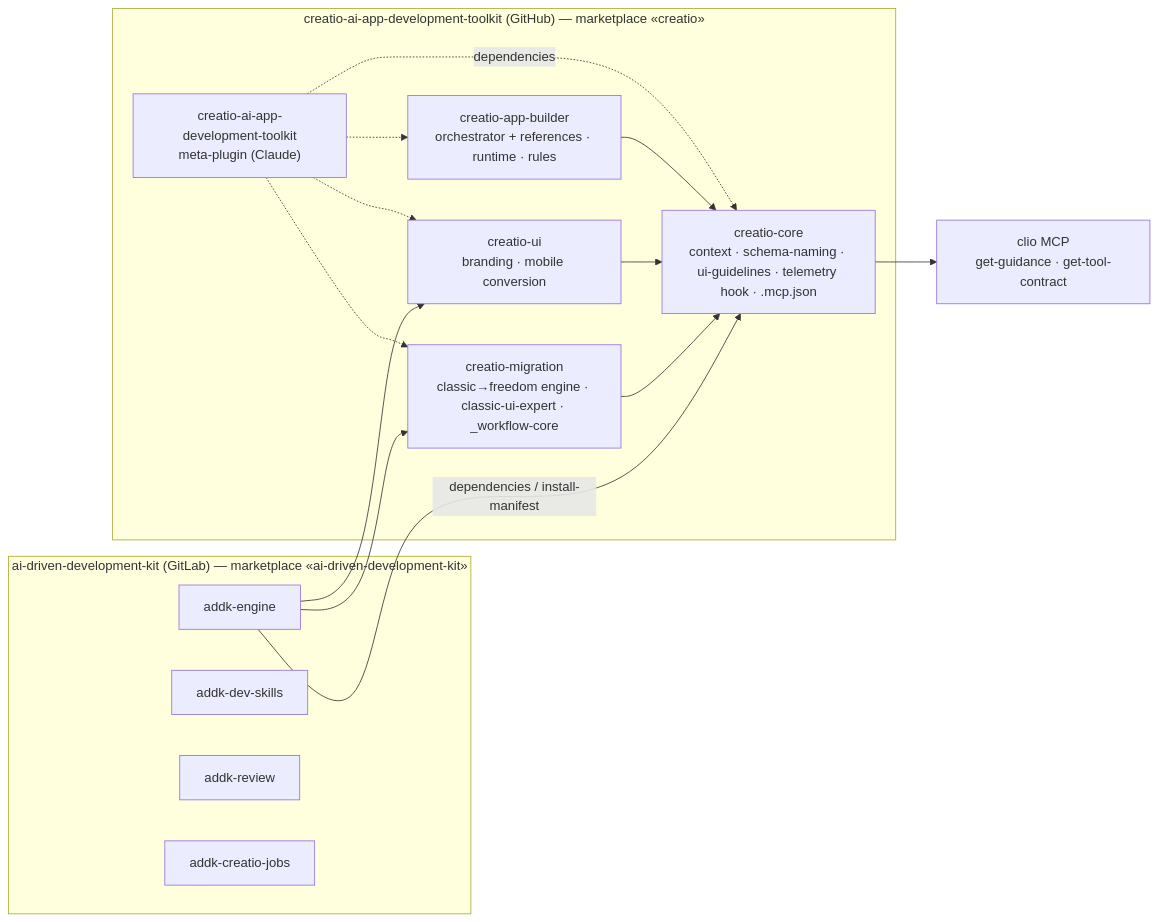
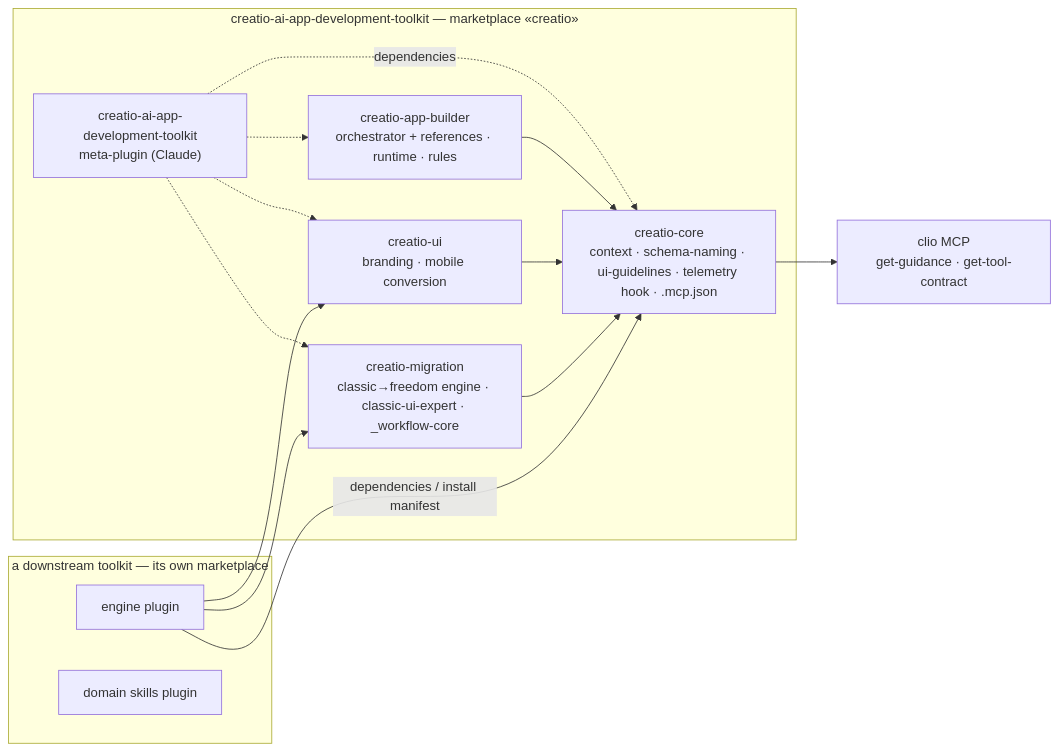
One commit to Creatio-Platform/creatio-ai-app-development-toolkit changed the first of 2 diagrams in .architecture/adrs/ADR-multi-plugin-marketplace.md. Above: the diagram before and after it, drawn with Mermaid. The commit also changed other lines of this file and 15 other files, not shown here.

Commit message:
Keep the public repository free of tracker keys and downstream-toolkit names in the ADR, docs, code comments and tests

````diff
--- a/.architecture/adrs/ADR-multi-plugin-marketplace.md
+++ b/.architecture/adrs/ADR-multi-plugin-marketplace.md
@@ -119,27 +111,25 @@
 ```mermaid
 flowchart LR
-    subgraph CAADT["creatio-ai-app-development-toolkit (GitHub) — marketplace «creatio»"]
+    subgraph CAADT["creatio-ai-app-development-toolkit — marketplace «creatio»"]
         META["creatio-ai-app-development-toolkit\nmeta-plugin (Claude)"]
         CORE["creatio-core\ncontext · schema-naming · ui-guidelines · telemetry hook · .mcp.json"]
         APP["creatio-app-builder\norchestrator + references · runtime · rules"]
         UI["creatio-ui\nbranding · mobile conversion"]
         MIG["creatio-migration\nclassic→freedom engine · classic-ui-expert · _workflow-core"]
         META -.dependencies.-> CORE
         META -.-> APP
         META -.-> UI
         META -.-> MIG
         APP --> CORE
         UI --> CORE
         MIG --> CORE
     end
-    subgraph ADDK["ai-driven-development-kit (GitLab) — marketplace «ai-driven-development-kit»"]
-        ENG["addk-engine"]
-        DEV["addk-dev-skills"]
-        REV["addk-review"]
-        JOBS["addk-creatio-jobs"]
-        ENG -->|dependencies / install-manifest| CORE
+    subgraph DOWN["a downstream toolkit — its own marketplace"]
+        ENG["engine plugin"]
+        DEV["domain skills plugin"]
+        ENG -->|dependencies / install manifest| CORE
         ENG --> UI
         ENG --> MIG
     end
     CORE --> CLIO["clio MCP\nget-guidance · get-tool-contract"]
 ```
````
